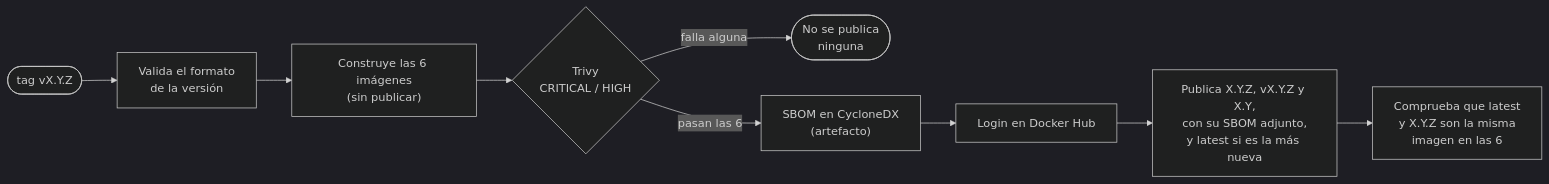
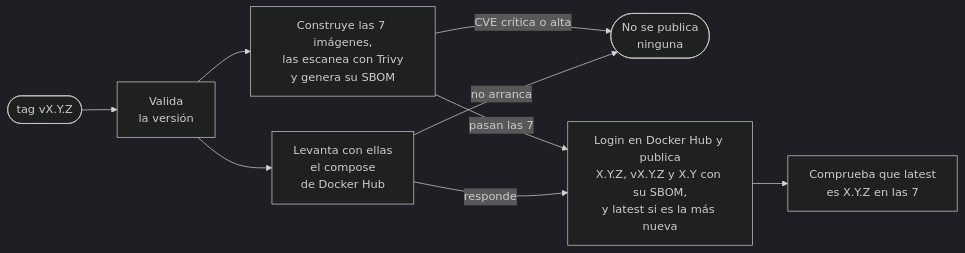
The eighth of 8 diagrams in docs/informe-tecnico.md (NicolasPineda1421/LiveMetric), drawn with Mermaid (dark theme) before and after one commit. The commit also changed other lines of this file and 23 other files, not shown here.

````diff
--- a/docs/informe-tecnico.md
+++ b/docs/informe-tecnico.md
@@ -402,11 +403,11 @@
 ```mermaid
 flowchart LR
-    T(["tag vX.Y.Z"]) --> V["Valida el formato<br/>de la versión"]
-    V --> B["Construye las 6 imágenes<br/>(sin publicar)"]
-    B --> TR{"Trivy<br/>CRITICAL / HIGH"}
-    TR -->|"falla alguna"| X(["No se publica<br/>ninguna"])
-    TR -->|"pasan las 6"| S["SBOM en CycloneDX<br/>(artefacto)"]
-    S --> L["Login en Docker Hub"]
-    L --> H["Publica X.Y.Z, vX.Y.Z y X.Y,<br/>con su SBOM adjunto,<br/>y latest si es la más nueva"]
-    H --> C["Comprueba que latest<br/>y X.Y.Z son la misma<br/>imagen en las 6"]
+    T(["tag vX.Y.Z"]) --> V["Valida<br/>la versión"]
+    V --> B["Construye las 7 imágenes,<br/>las escanea con Trivy<br/>y genera su SBOM"]
+    V --> P["Levanta con ellas<br/>el compose<br/>de Docker Hub"]
+    B -->|"CVE crítica o alta"| X(["No se publica<br/>ninguna"])
+    P -->|"no arranca"| X
+    B -->|"pasan las 7"| H["Login en Docker Hub y publica<br/>X.Y.Z, vX.Y.Z y X.Y con su SBOM,<br/>y latest si es la más nueva"]
+    P -->|"responde"| H
+    H --> C["Comprueba que latest<br/>es X.Y.Z en las 7"]
 ```
````
